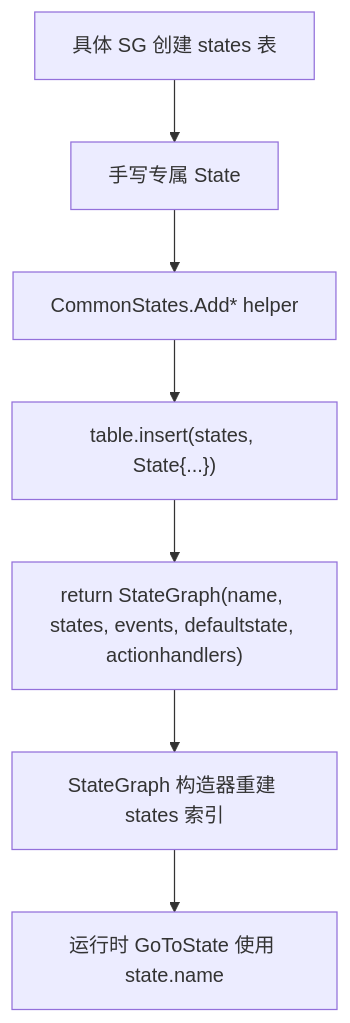
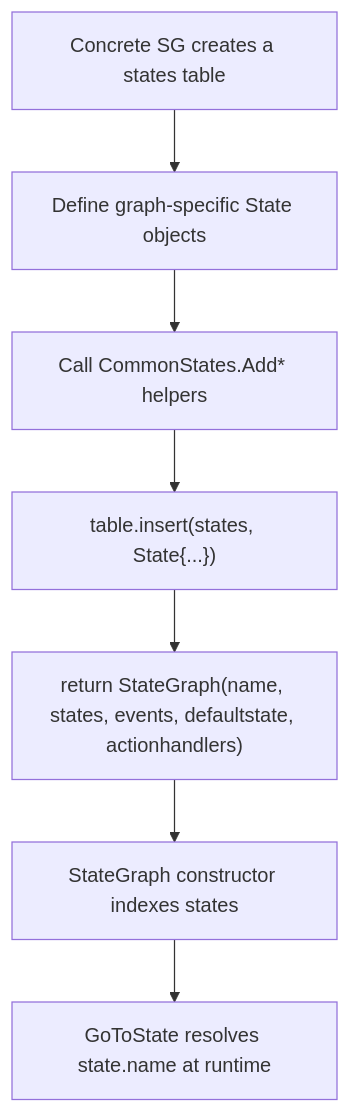
Before and after one commit to LetsStarveTogether/dst-server: the diagram in dst-scripts/index/0x4000-ai-animation/0x4100-stategraph/0x4102-commonstates.md, drawn with Mermaid. The commit also changed other lines of this file and 83 other files, not shown here.

```diff
--- a/dst-scripts/index/0x4000-ai-animation/0x4100-stategraph/0x4102-commonstates.md
+++ b/dst-scripts/index/0x4000-ai-animation/0x4100-stategraph/0x4102-commonstates.md
@@ -40,10 +39,10 @@
 ~~~mermaid
 flowchart TD
-    A["具体 SG 创建 states 表"]
-    A --> B["手写专属 State"]
-    B --> C["CommonStates.Add* helper"]
+    A["Concrete SG creates a states table"]
+    A --> B["Define graph-specific State objects"]
+    B --> C["Call CommonStates.Add* helpers"]
     C --> D["table.insert(states, State{...})"]
     D --> E["return StateGraph(name, states, events, defaultstate, actionhandlers)"]
-    E --> F["StateGraph 构造器重建 states 索引"]
-    F --> G["运行时 GoToState 使用 state.name"]
+    E --> F["StateGraph constructor indexes states"]
+    F --> G["GoToState resolves state.name at runtime"]
 ~~~
```
